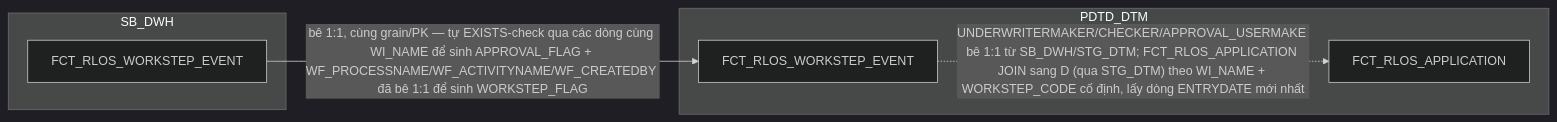
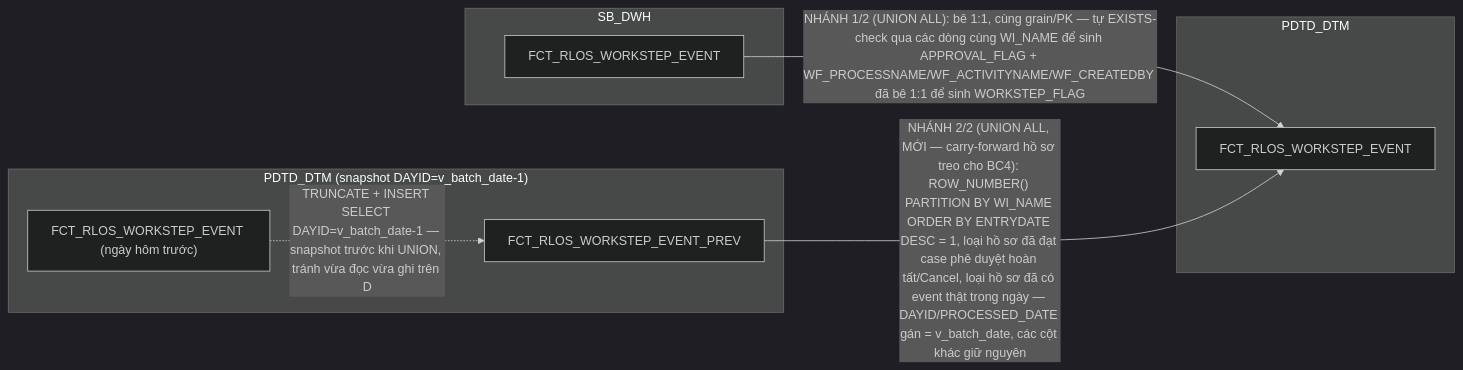
Diagram 16 of 19 in hld/hld_review/HLD_FCT_PDTD_DTM_review.md (chien1198/sb-mapping-gen), drawn with Mermaid (dark theme) before and after one commit. The commit also changed other lines of this file and 12 other files, not shown here.

````diff
--- a/hld/hld_review/HLD_FCT_PDTD_DTM_review.md
+++ b/hld/hld_review/HLD_FCT_PDTD_DTM_review.md
@@ -1045,12 +1139,16 @@
 ```mermaid
 flowchart LR
     subgraph SB_DWH
         C["FCT_RLOS_WORKSTEP_EVENT"]
     end
+    subgraph PDTD_DTM_PREV["PDTD_DTM (snapshot DAYID=v_batch_date-1)"]
+        DPREV["FCT_RLOS_WORKSTEP_EVENT (ngày hôm trước)"]
+        P["FCT_RLOS_WORKSTEP_EVENT_PREV"]
+    end
     subgraph PDTD_DTM
         D["FCT_RLOS_WORKSTEP_EVENT"]
-        AA["FCT_RLOS_APPLICATION"]
     end
-    C -->|"bê 1:1, cùng grain/PK — tự EXISTS-check qua các dòng cùng WI_NAME để sinh APPROVAL_FLAG + WF_PROCESSNAME/WF_ACTIVITYNAME/WF_CREATEDBY đã bê 1:1 để sinh WORKSTEP_FLAG "| D
-    D -.->|"UNDERWRITERMAKER/CHECKER/APPROVAL_USERMAKE bê 1:1 từ SB_DWH/STG_DTM; FCT_RLOS_APPLICATION JOIN sang D (qua STG_DTM) theo WI_NAME + WORKSTEP_CODE cố định, lấy dòng ENTRYDATE mới nhất"| AA
+    DPREV -.->|"TRUNCATE + INSERT SELECT DAYID=v_batch_date-1 — snapshot trước khi UNION, tránh vừa đọc vừa ghi trên D"| P
+    C -->|"NHÁNH 1/2 (UNION ALL): bê 1:1, cùng grain/PK — tự EXISTS-check qua các dòng cùng WI_NAME để sinh APPROVAL_FLAG + WF_PROCESSNAME/WF_ACTIVITYNAME/WF_CREATEDBY đã bê 1:1 để sinh WORKSTEP_FLAG "| D
+    P -->|"NHÁNH 2/2 (UNION ALL, MỚI — carry-forward hồ sơ treo cho BC4): ROW_NUMBER() PARTITION BY WI_NAME ORDER BY ENTRYDATE DESC = 1, loại hồ sơ đã đạt case phê duyệt hoàn tất/Cancel, loại hồ sơ đã có event thật trong ngày — DAYID/PROCESSED_DATE gán = v_batch_date, các cột khác giữ nguyên"| D
 ```
````
